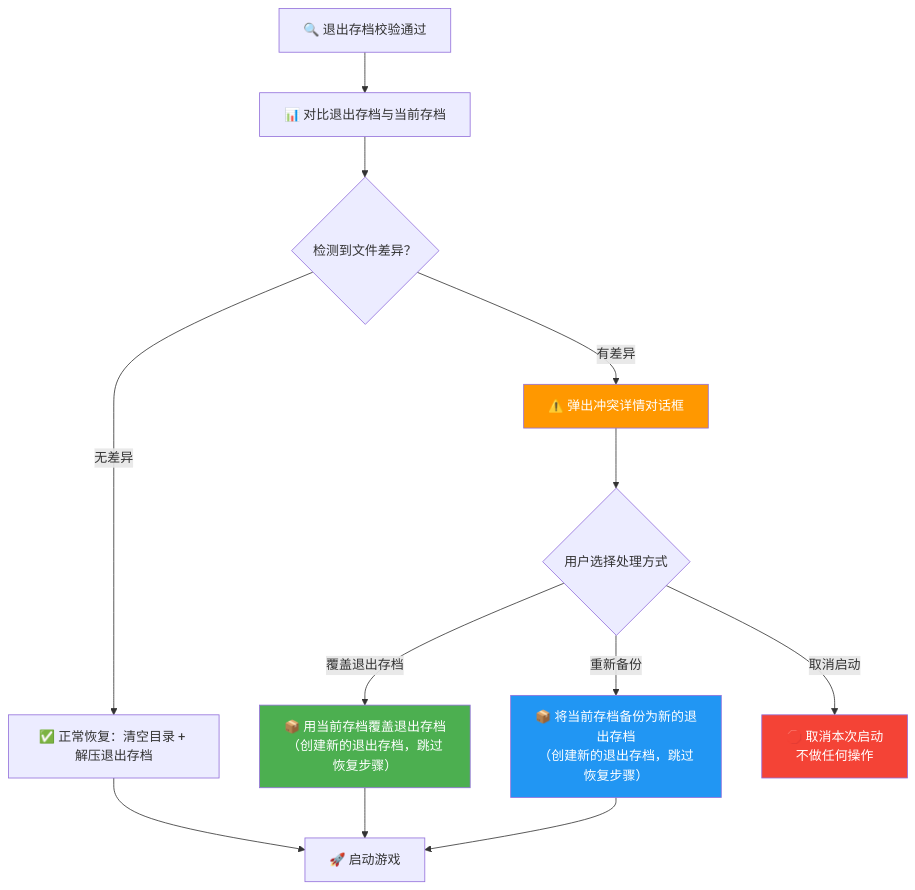
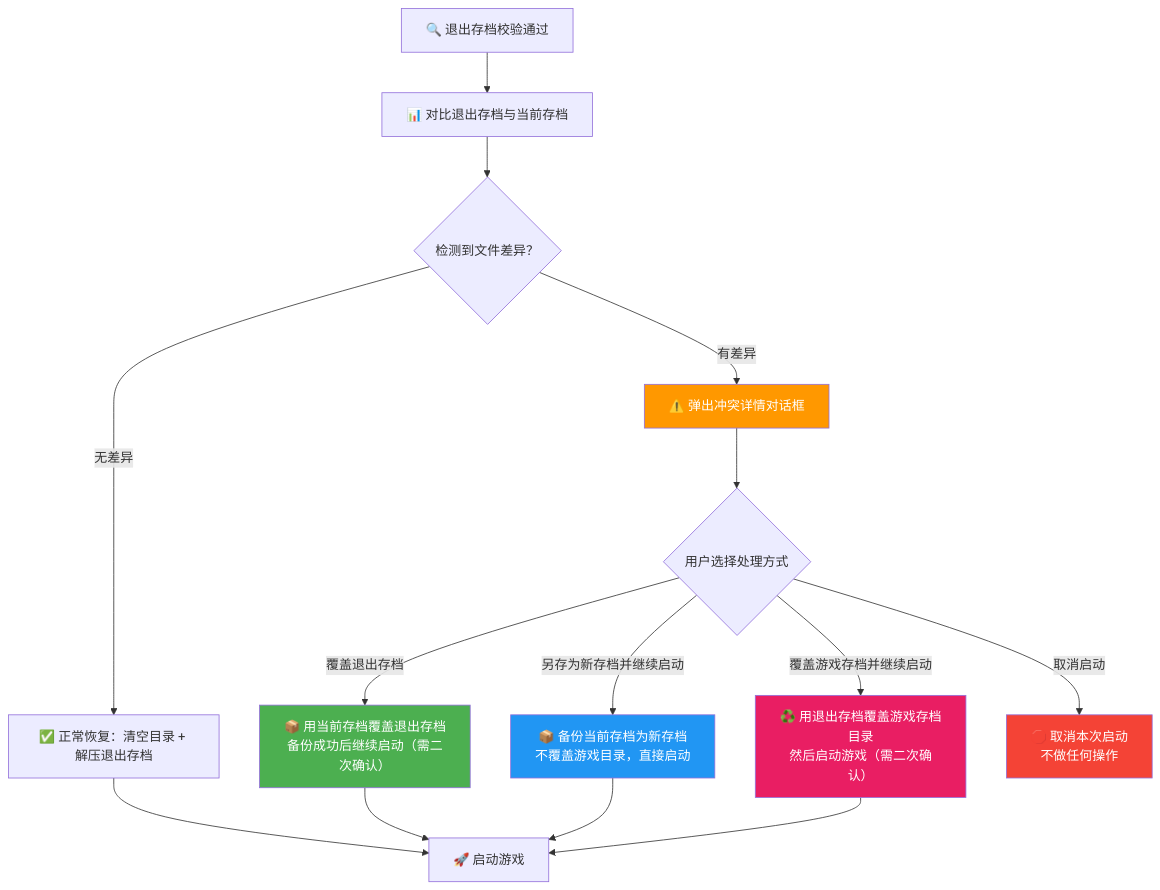
The fifth of 13 diagrams in docs/开发文档.md (yxsj245/gamesave), drawn with Mermaid before and after one commit. The commit also changed other lines of this file and 3 other files, not shown here.

````diff
--- a/docs/开发文档.md
+++ b/docs/开发文档.md
@@ -304,19 +304,22 @@
 ```mermaid
 flowchart TD
     A["🔍 退出存档校验通过"] --> B["📊 对比退出存档与当前存档"]
     B --> C{"检测到文件差异？"}
     C -- 无差异 --> PROCEED["✅ 正常恢复：清空目录 + 解压退出存档"]
     C -- 有差异 --> D["⚠️ 弹出冲突详情对话框"]
     D --> E{"用户选择处理方式"}
-    E -- 覆盖退出存档 --> OVERWRITE["📦 用当前存档覆盖退出存档<br/>（创建新的退出存档，跳过恢复步骤）"]
-    E -- 重新备份 --> REBACKUP["📦 将当前存档备份为新的退出存档<br/>（创建新的退出存档，跳过恢复步骤）"]
+    E -- 覆盖退出存档 --> OVERWRITE["📦 用当前存档覆盖退出存档<br/>备份成功后继续启动（需二次确认）"]
+    E -- 另存为新存档并继续启动 --> REBACKUP["📦 备份当前存档为新存档<br/>不覆盖游戏目录，直接启动"]
+    E -- 覆盖游戏存档并继续启动 --> RESTORE["♻️ 用退出存档覆盖游戏存档目录<br/>然后启动游戏（需二次确认）"]
     E -- 取消启动 --> CANCEL["🛑 取消本次启动<br/>不做任何操作"]
     OVERWRITE --> LAUNCH["🚀 启动游戏"]
     REBACKUP --> LAUNCH
+    RESTORE --> LAUNCH
     PROCEED --> LAUNCH
 
     style D fill:#FF9800,color:#fff
     style OVERWRITE fill:#4CAF50,color:#fff
     style REBACKUP fill:#2196F3,color:#fff
+    style RESTORE fill:#E91E63,color:#fff
     style CANCEL fill:#f44336,color:#fff
 ```
````
